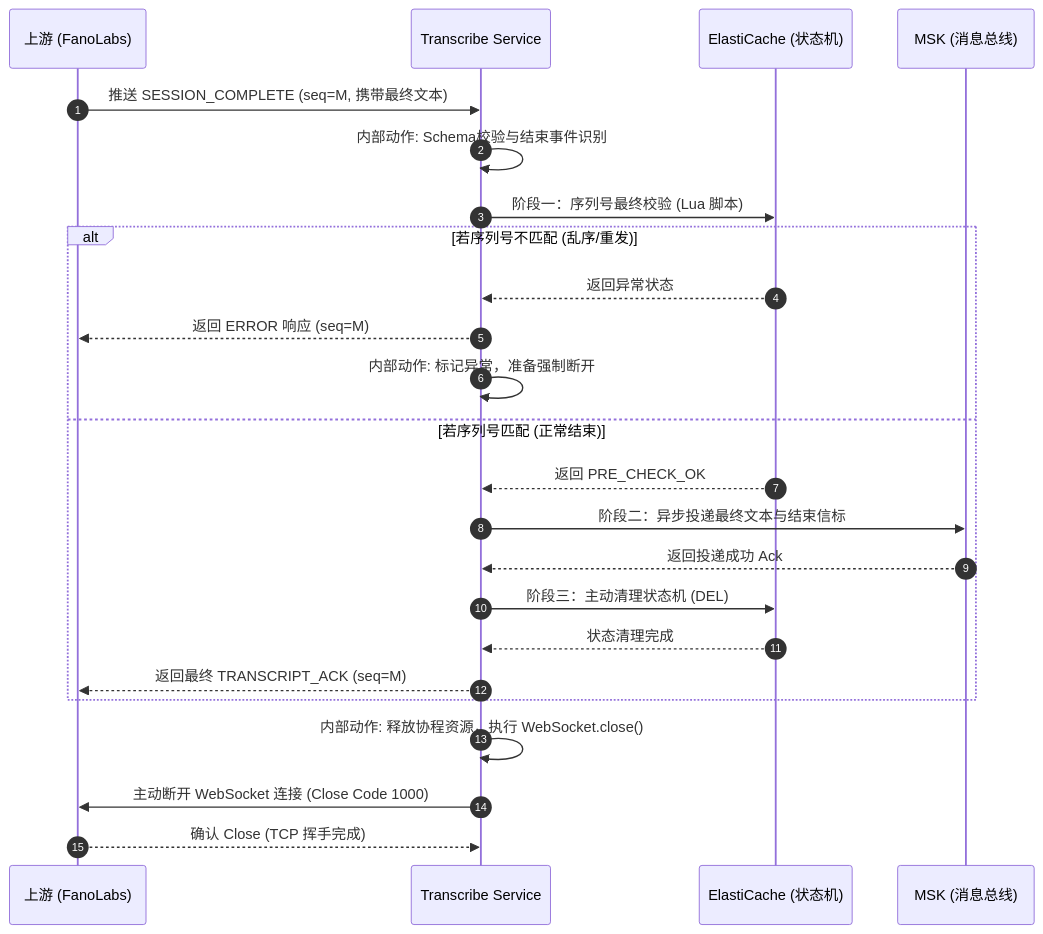
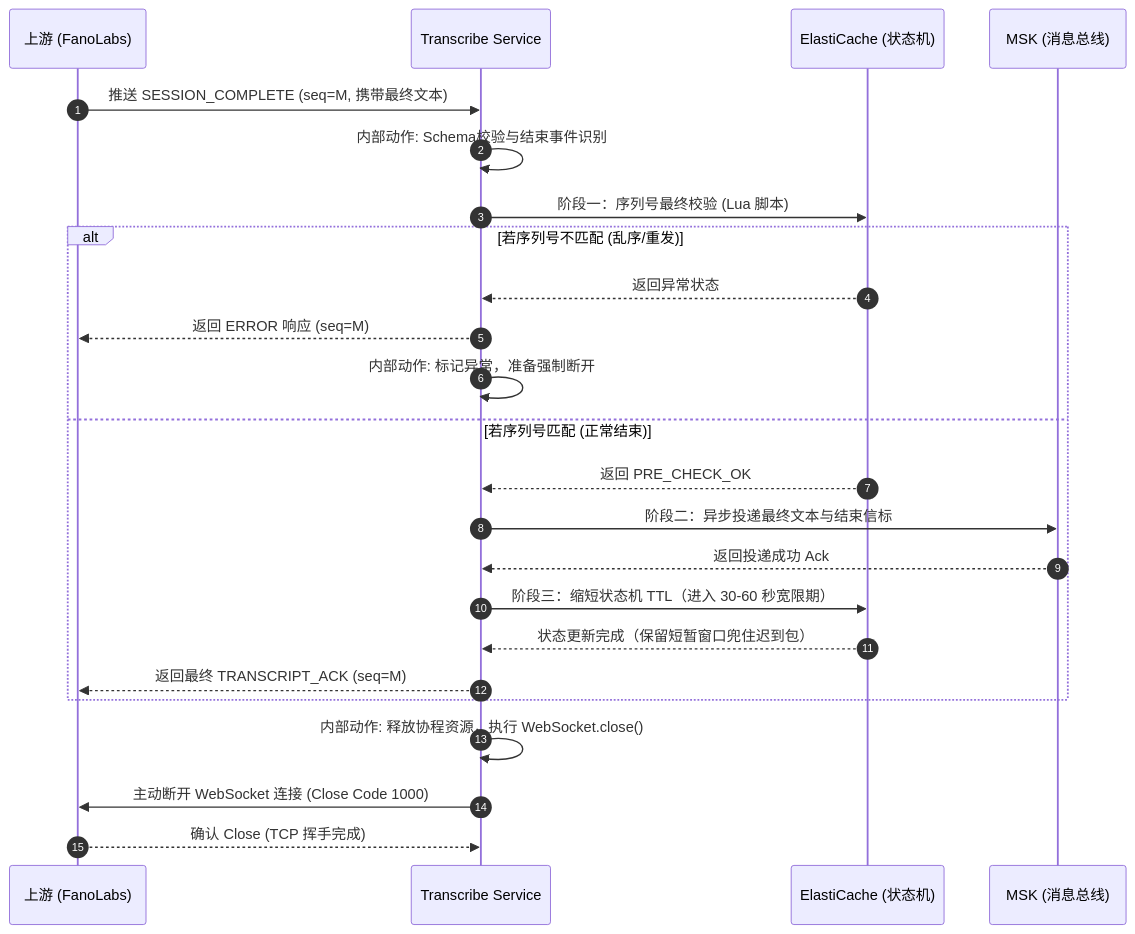
One commit to xiaodouya001/transcribe_service changed the fourth of 6 diagrams in design/application-design_zh.md. Above: the diagram before and after it, drawn with Mermaid. The commit also changed other lines of this file and 31 other files, not shown here.

````diff
--- a/design/application-design_zh.md
+++ b/design/application-design_zh.md
@@ -149,33 +149,33 @@
 ```mermaid
 sequenceDiagram
     autonumber
     participant Vendor as 上游 (FanoLabs)
     participant Trans as Transcribe Service
     participant Redis as ElastiCache (状态机)
     participant Kafka as MSK (消息总线)
 
     Vendor->>Trans: 推送 SESSION_COMPLETE (seq=M, 携带最终文本)
     Trans->>Trans: 内部动作: Schema校验与结束事件识别
     
     Trans->>Redis: 阶段一：序列号最终校验 (Lua 脚本)
     
     alt 若序列号不匹配 (乱序/重发)
         Redis-->>Trans: 返回异常状态
         Trans-->>Vendor: 返回 ERROR 响应 (seq=M)
         Trans->>Trans: 内部动作: 标记异常，准备强制断开
     else 若序列号匹配 (正常结束)
         Redis-->>Trans: 返回 PRE_CHECK_OK
         
         Trans->>Kafka: 阶段二：异步投递最终文本与结束信标
         Kafka-->>Trans: 返回投递成功 Ack
         
-        Trans->>Redis: 阶段三：主动清理状态机 (DEL)
-        Redis-->>Trans: 状态清理完成
+        Trans->>Redis: 阶段三：缩短状态机 TTL（进入 30-60 秒宽限期）
+        Redis-->>Trans: 状态更新完成（保留短暂窗口兜住迟到包）
         
         Trans-->>Vendor: 返回最终 TRANSCRIPT_ACK (seq=M)
     end
     
     Trans->>Trans: 内部动作: 释放协程资源，执行 WebSocket.close()
     Trans->>Vendor: 主动断开 WebSocket 连接 (Close Code 1000)
     Vendor-->>Trans: 确认 Close (TCP 挥手完成)
 ```
````
